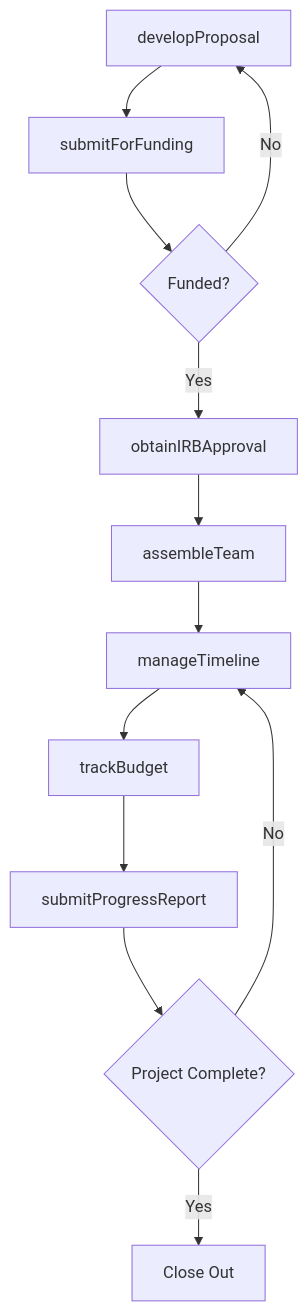
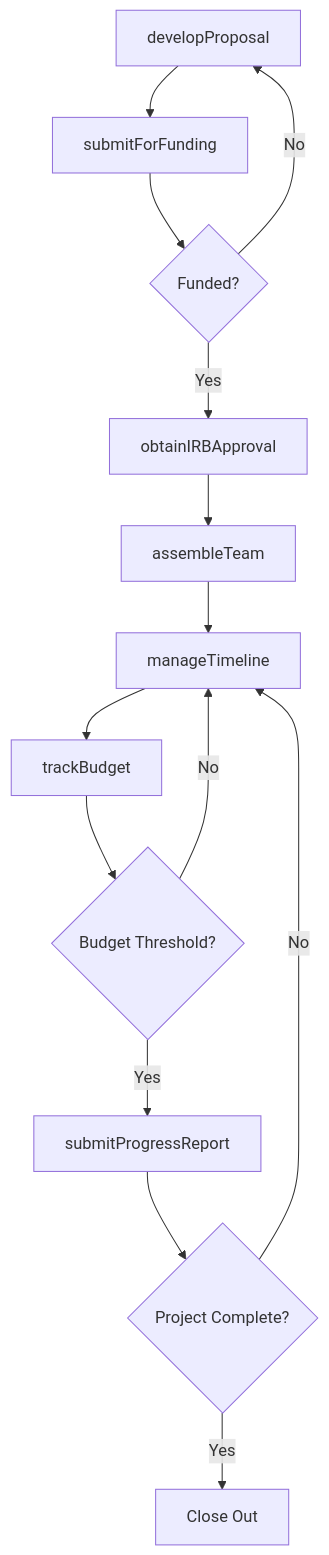
The third of 4 diagrams in OrganizingPlanningAndPrioritizingWork/CoordinateOrManageProjects/CoordinateManageAcademicResearchProjects.mdx (dot-org-ai/tasks.org.ai), drawn with Mermaid before and after one commit. The commit also changed other lines of this file and 504 other files, not shown here.

First line of the commit message:
feat: Add ER diagrams, state diagrams, and workflow improvements to 96 DWA task files

````diff
--- a/OrganizingPlanningAndPrioritizingWork/CoordinateOrManageProjects/CoordinateManageAcademicResearchProjects.mdx
+++ b/OrganizingPlanningAndPrioritizingWork/CoordinateOrManageProjects/CoordinateManageAcademicResearchProjects.mdx
@@ -89,14 +119,16 @@
 ```mermaid
 graph TD
     A[developProposal] --> B[submitForFunding]
     B --> C{Funded?}
     C -->|No| A
     C -->|Yes| D[obtainIRBApproval]
     D --> E[assembleTeam]
     E --> F[manageTimeline]
     F --> G[trackBudget]
-    G --> H[submitProgressReport]
-    H --> I{Project Complete?}
-    I -->|No| F
-    I -->|Yes| J[Close Out]
+    G --> H{Budget Threshold?}
+    H -->|Yes| I[submitProgressReport]
+    H -->|No| F
+    I --> J{Project Complete?}
+    J -->|No| F
+    J -->|Yes| K[Close Out]
 ```
````
